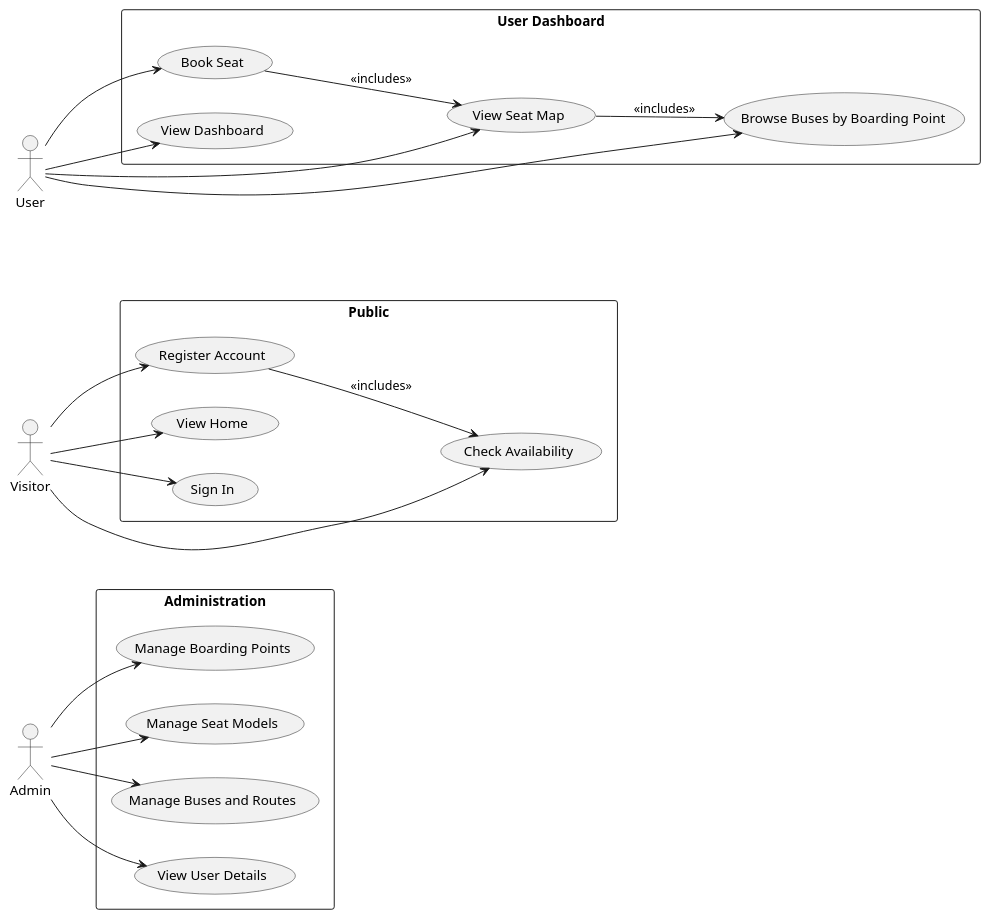
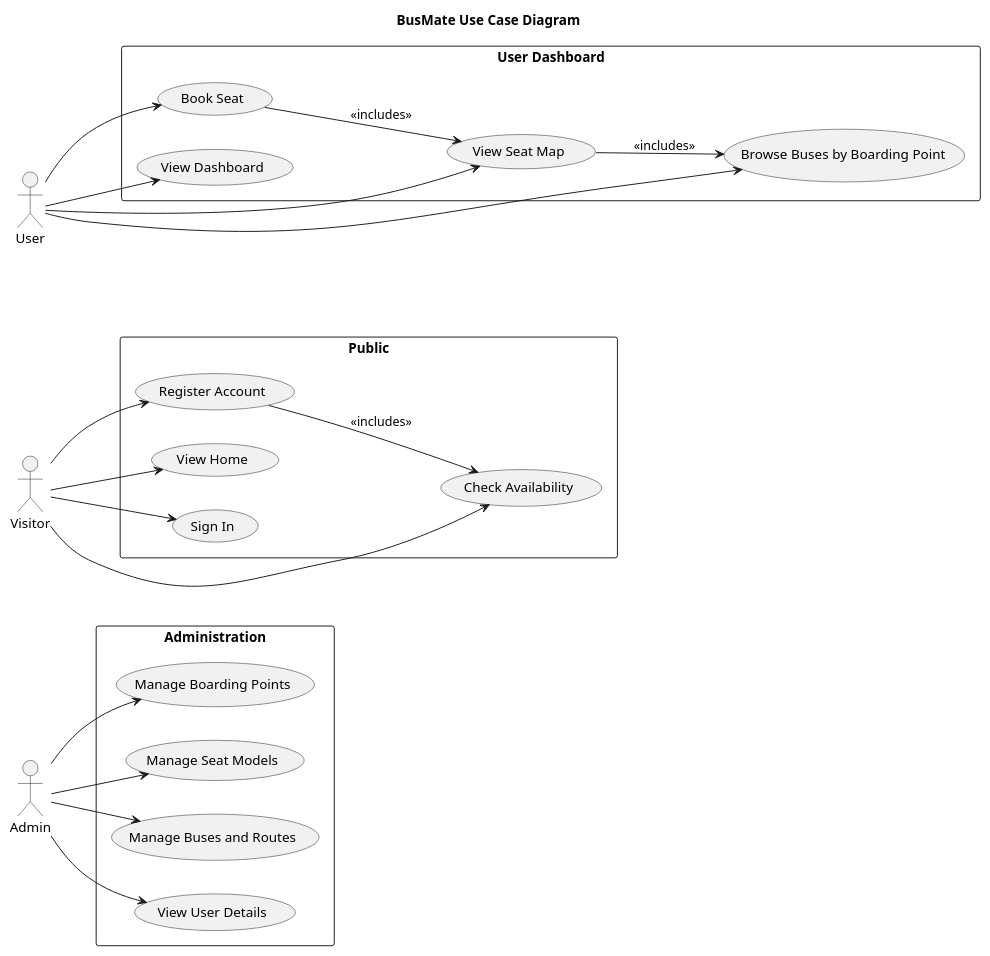
Before and after one commit to Mohamed-faaris/BusMate: the diagram in docs/diagrams/usecase.puml, drawn with PlantUML. The commit also changed 3 other files, not shown here.

Commit message:
Update sequence diagrams: modify OTP validation in registration flow and add booking flow diagram

```diff
--- a/docs/diagrams/usecase.puml
+++ b/docs/diagrams/usecase.puml
@@ -1,34 +1,35 @@
 @startuml
+title BusMate Use Case Diagram
 left to right direction
 
 actor Admin
 actor Visitor
 actor User
 
 rectangle "Administration" {
   Admin --> (Manage Boarding Points)
   Admin --> (Manage Seat Models)
   Admin --> (Manage Buses and Routes)
   Admin --> (View User Details)
 }
 
 rectangle "Public" {
   Visitor --> (Register Account)
   Visitor --> (Check Availability)
   Visitor --> (View Home)
   Visitor --> (Sign In)
 
   (Register Account) --> (Check Availability) : <<includes>>
 }
 
 rectangle "User Dashboard" {
   User --> (Book Seat)
   User --> (View Seat Map)
   User --> (Browse Buses by Boarding Point)
   User --> (View Dashboard)
 
   (Book Seat) --> (View Seat Map) : <<includes>>
   (View Seat Map) --> (Browse Buses by Boarding Point) : <<includes>>
 }
 
 @enduml
```
